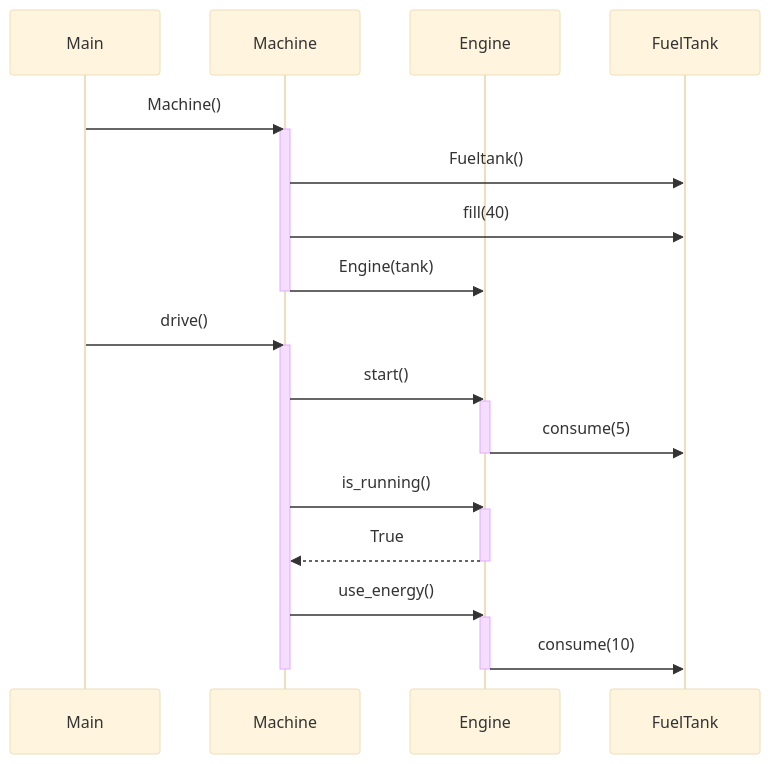
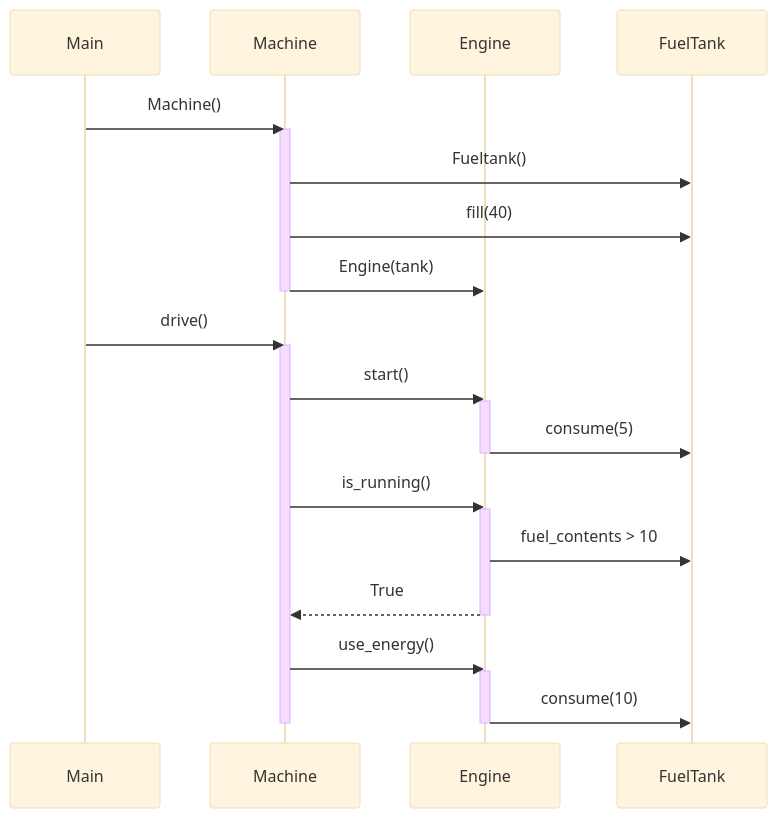
Before and after one commit to heidi-holappa/ot-harjoitustyo: the diagram in laskarit/viikko3/sequenceDiagram_task_3.md, drawn with Mermaid (base theme).

Commit message:
Add a method call to object FuelTank

````diff
--- a/laskarit/viikko3/sequenceDiagram_task_3.md
+++ b/laskarit/viikko3/sequenceDiagram_task_3.md
@@ -3,28 +3,29 @@
 ```mermaid
 sequenceDiagram
   participant Main
   participant Machine
   participant Engine
   participant FuelTank
   Main->>Machine: Machine()
   activate Machine
   Machine->>FuelTank: Fueltank()
   Machine->>FuelTank: fill(40)
   Machine->>Engine: Engine(tank)
   deactivate Machine
   Main->>Machine: drive()
   activate Machine
   Machine->>Engine: start()
   activate Engine
   Engine ->> FuelTank: consume(5)
   deactivate Engine
   Machine->>Engine: is_running()
   activate Engine
+  Engine->>FuelTank: fuel_contents > 10
   Engine-->>Machine: True
   deactivate Engine
   Machine->>Engine: use_energy()
   activate Engine
   Engine->>FuelTank: consume(10)
   deactivate Engine
   deactivate Machine
 ```
````
